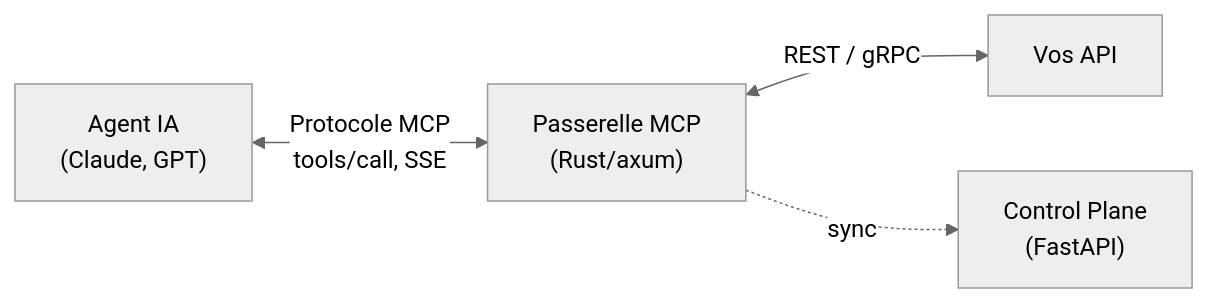
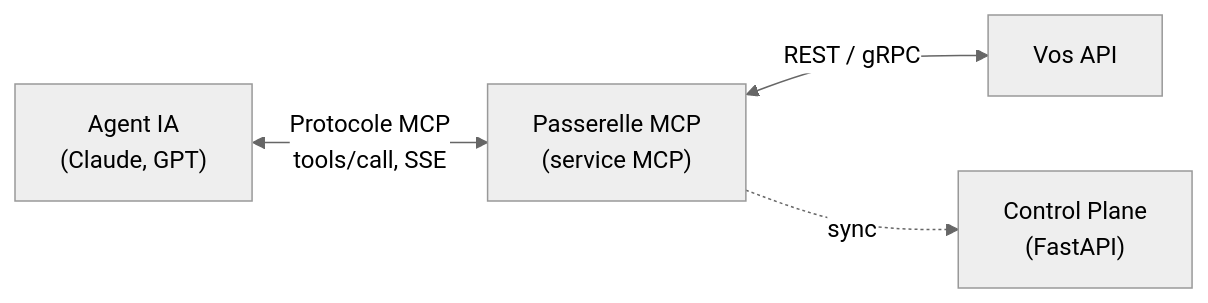
The first of 2 diagrams in i18n/fr/docusaurus-plugin-content-docs/current/concepts/mcp-gateway.md (stoa-platform/stoa-docs), drawn with Mermaid (neutral theme) before and after one commit. The commit also changed other lines of this file and 110 other files, not shown here.

````diff
--- a/i18n/fr/docusaurus-plugin-content-docs/current/concepts/mcp-gateway.md
+++ b/i18n/fr/docusaurus-plugin-content-docs/current/concepts/mcp-gateway.md
@@ -16,6 +16,6 @@
 ```mermaid
 flowchart LR
-    AI["Agent IA<br/>(Claude, GPT)"] <-->|"Protocole MCP<br/>tools/call, SSE"| GW["Passerelle MCP<br/>(Rust/axum)"]
+    AI["Agent IA<br/>(Claude, GPT)"] <-->|"Protocole MCP<br/>tools/call, SSE"| GW["Passerelle MCP<br/>(service MCP)"]
     GW <-->|"REST / gRPC"| APIs["Vos API"]
     GW -.->|"sync"| CP["Control Plane<br/>(FastAPI)"]
 ```
````
